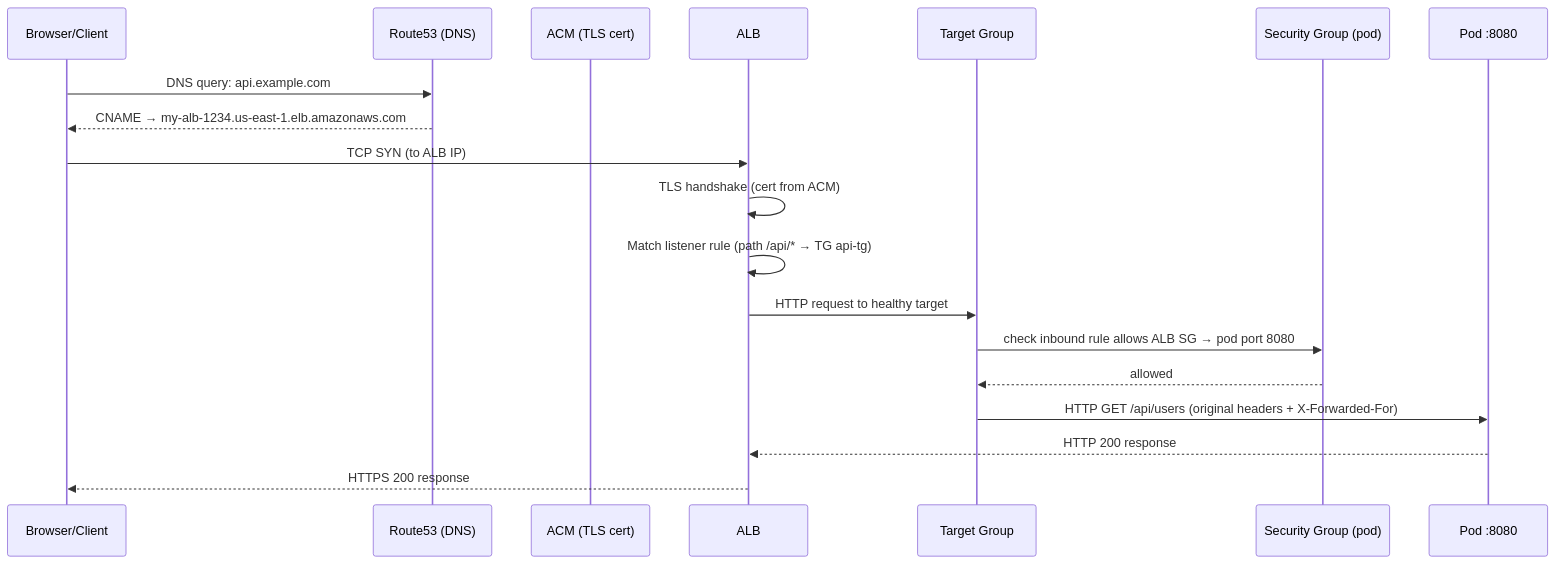
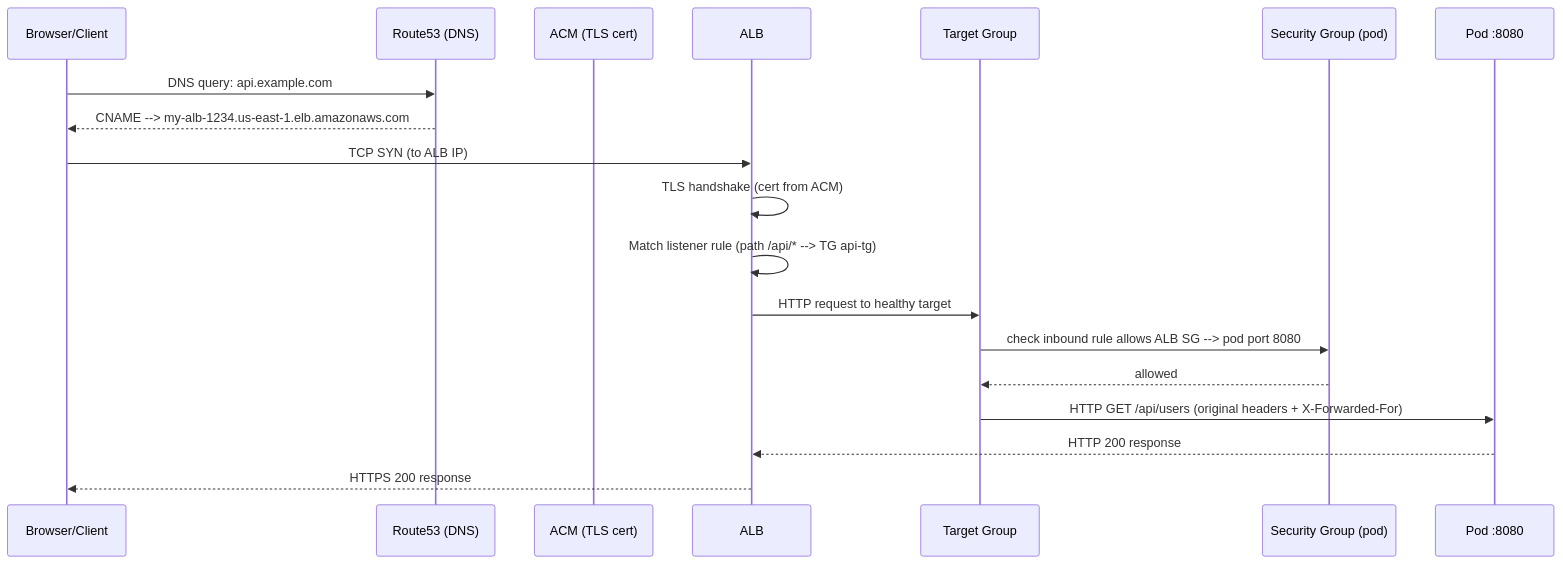
The first of 5 diagrams in devops/aws/request-flow-alb-to-pod.md (deepanshu-rawat6/tour-of-go), drawn with Mermaid before and after one commit. The commit also changed other lines of this file and 25 other files, not shown here.

````diff
--- a/devops/aws/request-flow-alb-to-pod.md
+++ b/devops/aws/request-flow-alb-to-pod.md
@@ -5,22 +5,22 @@
 ```mermaid
 sequenceDiagram
     participant USER as Browser/Client
     participant R53 as Route53 (DNS)
     participant ACM as ACM (TLS cert)
     participant ALB as ALB
     participant TG as Target Group
     participant SG as Security Group (pod)
     participant POD as Pod :8080
 
     USER->>R53: DNS query: api.example.com
-    R53-->>USER: CNAME → my-alb-1234.us-east-1.elb.amazonaws.com
+    R53-->>USER: CNAME --> my-alb-1234.us-east-1.elb.amazonaws.com
     USER->>ALB: TCP SYN (to ALB IP)
     ALB->>ALB: TLS handshake (cert from ACM)
-    ALB->>ALB: Match listener rule (path /api/* → TG api-tg)
+    ALB->>ALB: Match listener rule (path /api/* --> TG api-tg)
     ALB->>TG: HTTP request to healthy target
-    TG->>SG: check inbound rule allows ALB SG → pod port 8080
+    TG->>SG: check inbound rule allows ALB SG --> pod port 8080
     SG-->>TG: allowed
     TG->>POD: HTTP GET /api/users (original headers + X-Forwarded-For)
     POD-->>ALB: HTTP 200 response
     ALB-->>USER: HTTPS 200 response
 ```
````
